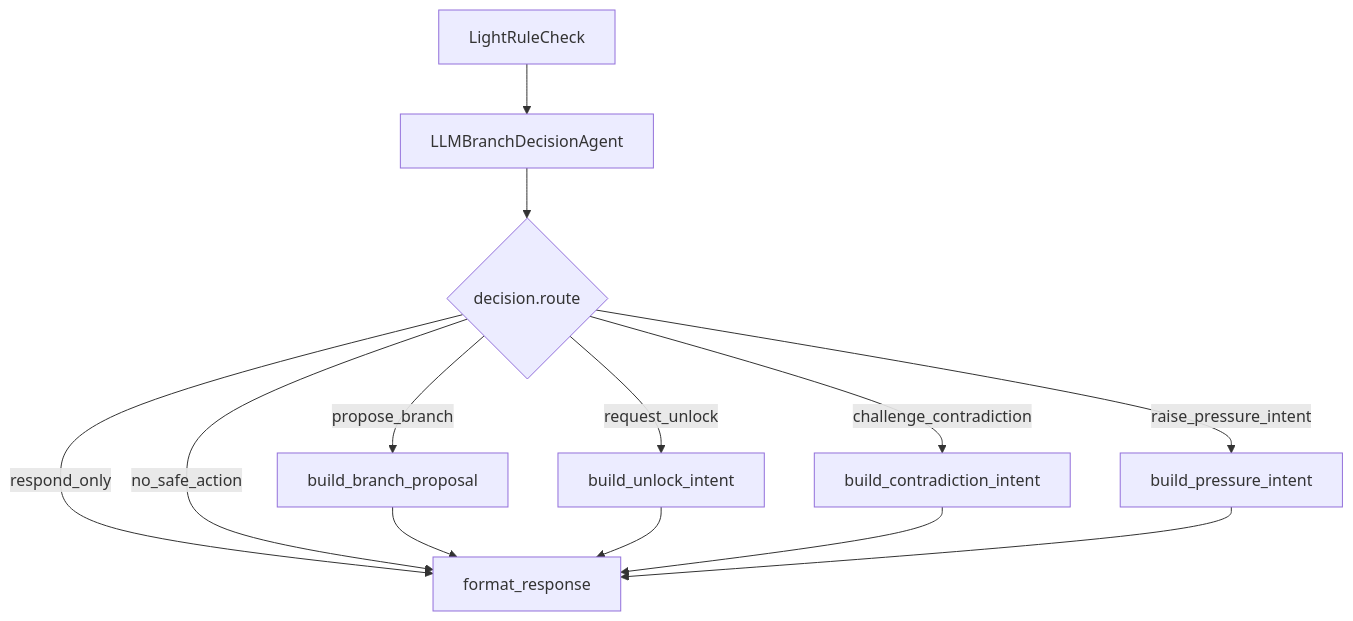
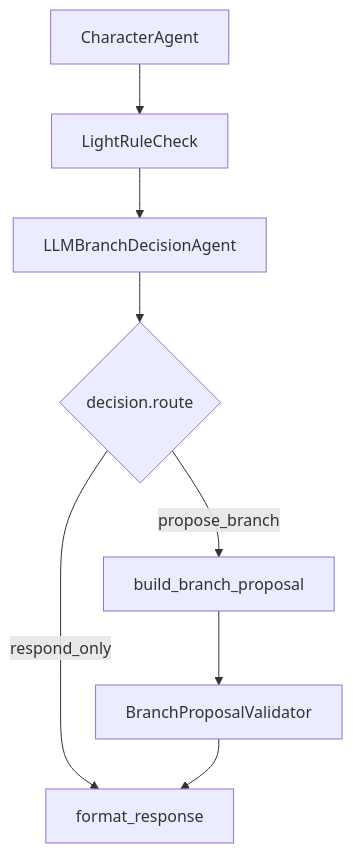
One commit to LeeSwallow/asm-team08-ai-study changed the diagram in feedback.md. Above: the diagram before and after it, drawn with Mermaid. The commit also changed other lines of this file, not shown here.

First line of the commit message:
Narrow branch ownership to guidance proposals

````diff
--- a/feedback.md
+++ b/feedback.md
@@ -261,15 +176,10 @@
 ```mermaid
 flowchart TD
-    A[LightRuleCheck] --> B[LLMBranchDecisionAgent]
-    B --> C{decision.route}
-    C -->|respond_only| R[format_response]
-    C -->|propose_branch| P[build_branch_proposal]
-    C -->|request_unlock| U[build_unlock_intent]
-    C -->|challenge_contradiction| X[build_contradiction_intent]
-    C -->|raise_pressure_intent| T[build_pressure_intent]
-    C -->|no_safe_action| R
-    P --> R
-    U --> R
-    X --> R
-    T --> R
+    A[CharacterAgent] --> B[LightRuleCheck]
+    B --> C[LLMBranchDecisionAgent]
+    C --> D{decision.route}
+    D -->|respond_only| E[format_response]
+    D -->|propose_branch| F[build_branch_proposal]
+    F --> G[BranchProposalValidator]
+    G --> E
 ```
````
